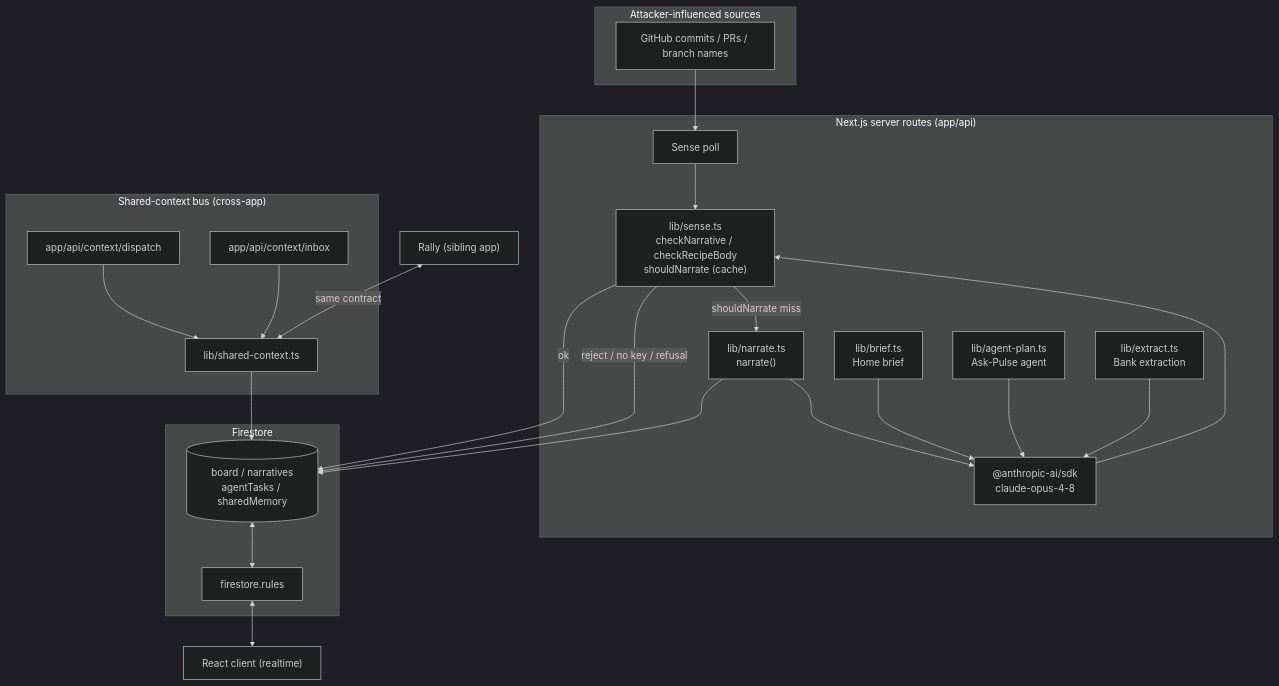
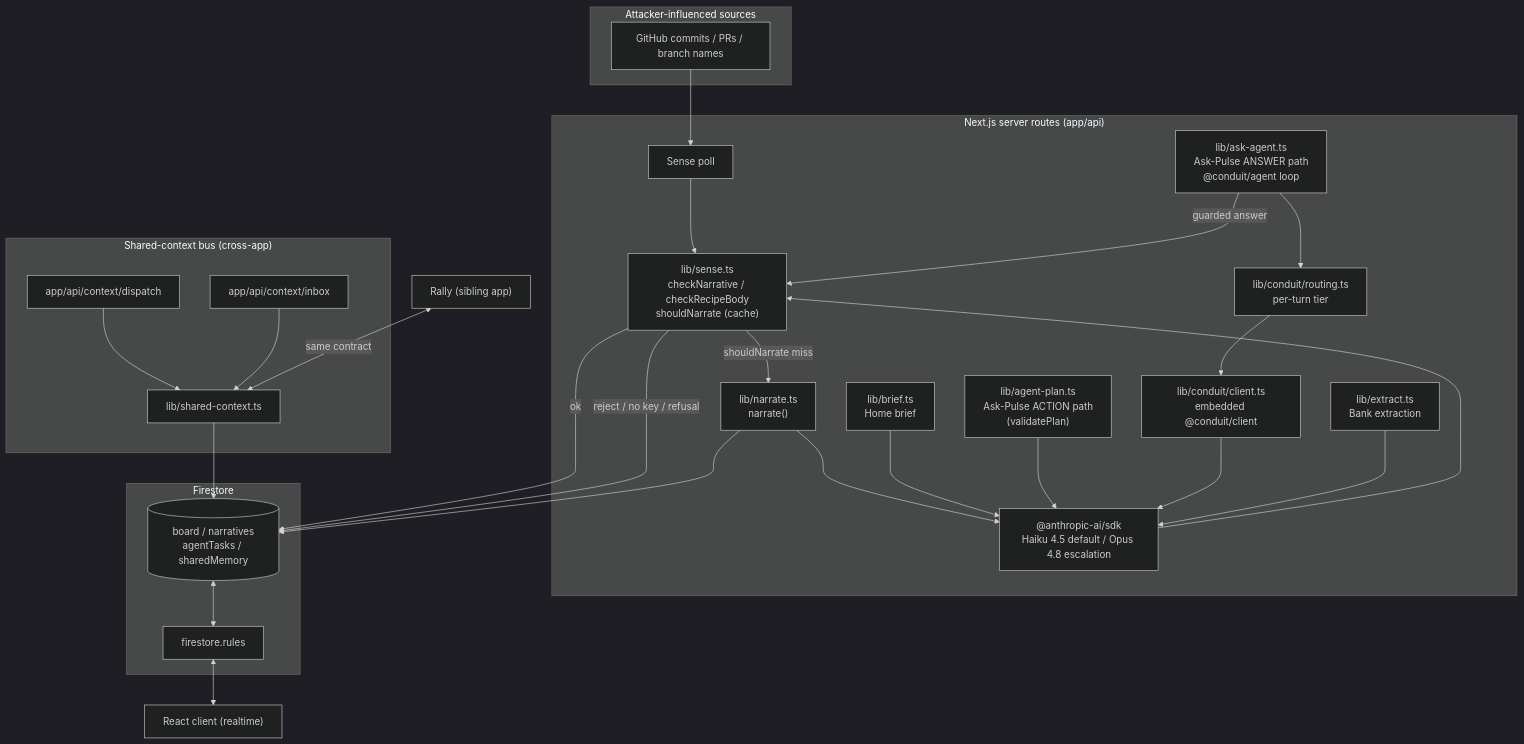
The first of 2 diagrams in docs/ARCHITECTURE.md (nikjain15/pulse), drawn with Mermaid (dark theme) before and after one commit. The commit also changed other lines of this file and 3 other files, not shown here.

First line of the commit message:
docs: reflect the merged Conduit answer path, routing, MCP, and eval reality (#20)

````diff
--- a/docs/ARCHITECTURE.md
+++ b/docs/ARCHITECTURE.md
@@ -14,43 +15,48 @@
 ```mermaid
 graph TD
   subgraph Sources["Attacker-influenced sources"]
     GH["GitHub commits / PRs / branch names"]
   end
 
   subgraph Server["Next.js server routes (app/api)"]
     POLL["Sense poll"]
     NAR["lib/narrate.ts\nnarrate()"]
     EXT["lib/extract.ts\nBank extraction"]
     BRIEF["lib/brief.ts\nHome brief"]
-    PLAN["lib/agent-plan.ts\nAsk-Pulse agent"]
+    PLAN["lib/agent-plan.ts\nAsk-Pulse ACTION path\n(validatePlan)"]
+    ASK["lib/ask-agent.ts\nAsk-Pulse ANSWER path\n@conduit/agent loop"]
+    ROUTE["lib/conduit/routing.ts\nper-turn tier"]
+    CONDUIT["lib/conduit/client.ts\nembedded @conduit/client"]
     GUARD["lib/sense.ts\ncheckNarrative / checkRecipeBody\nshouldNarrate (cache)"]
-    SDK["@anthropic-ai/sdk\nclaude-opus-4-8"]
+    SDK["@anthropic-ai/sdk\nHaiku 4.5 default / Opus 4.8 escalation"]
   end
 
   subgraph Bus["Shared-context bus (cross-app)"]
     DISPATCH["app/api/context/dispatch"]
     INBOX["app/api/context/inbox"]
     SC["lib/shared-context.ts"]
   end
 
   subgraph Data["Firestore"]
     FS[("board / narratives\nagentTasks / sharedMemory")]
     RULES["firestore.rules"]
   end
 
   CLIENT["React client (realtime)"]
 
   GH --> POLL --> GUARD
   GUARD -->|shouldNarrate miss| NAR --> SDK
   SDK --> GUARD
   GUARD -->|ok| FS
   GUARD -->|reject / no key / refusal| FS
   BRIEF --> SDK
   PLAN --> SDK
+  ASK --> ROUTE --> CONDUIT --> SDK
+  ASK -->|guarded answer| GUARD
   EXT --> SDK
   NAR --> FS
   FS <--> RULES <--> CLIENT
   DISPATCH --> SC --> FS
   INBOX --> SC
   Rally["Rally (sibling app)"] <-->|same contract| SC
 ```
````
